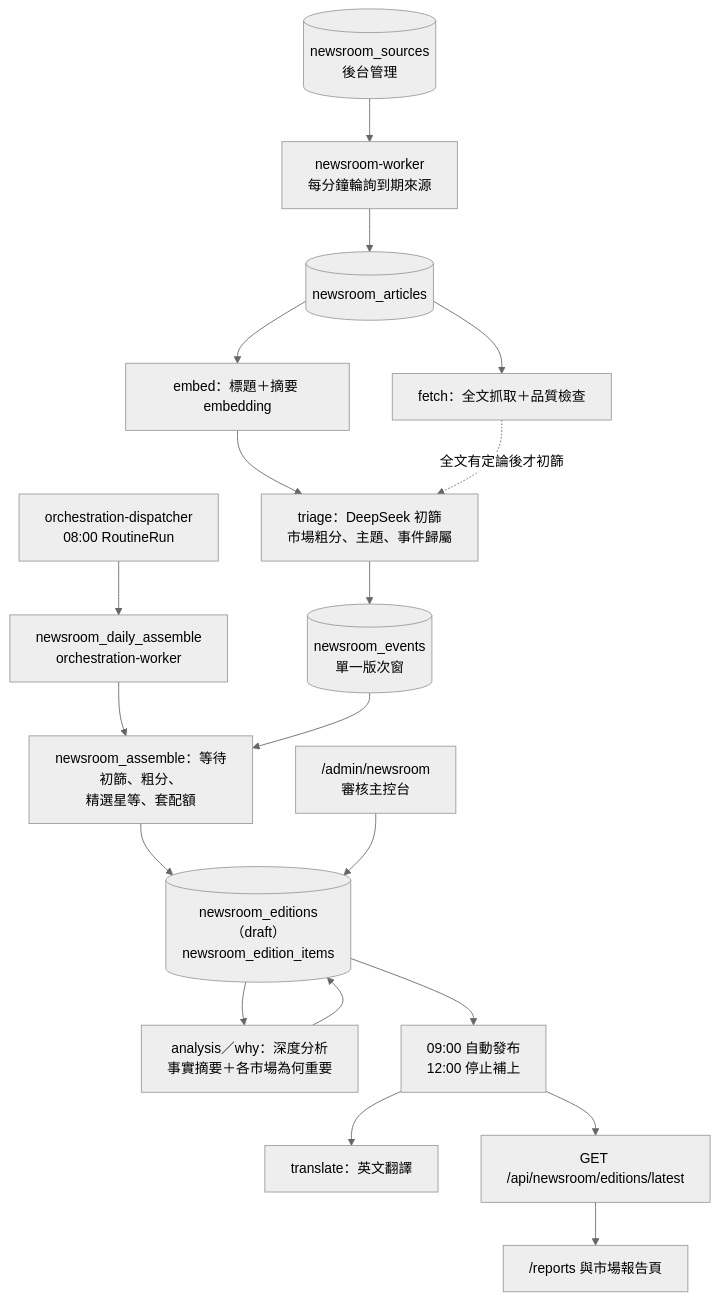
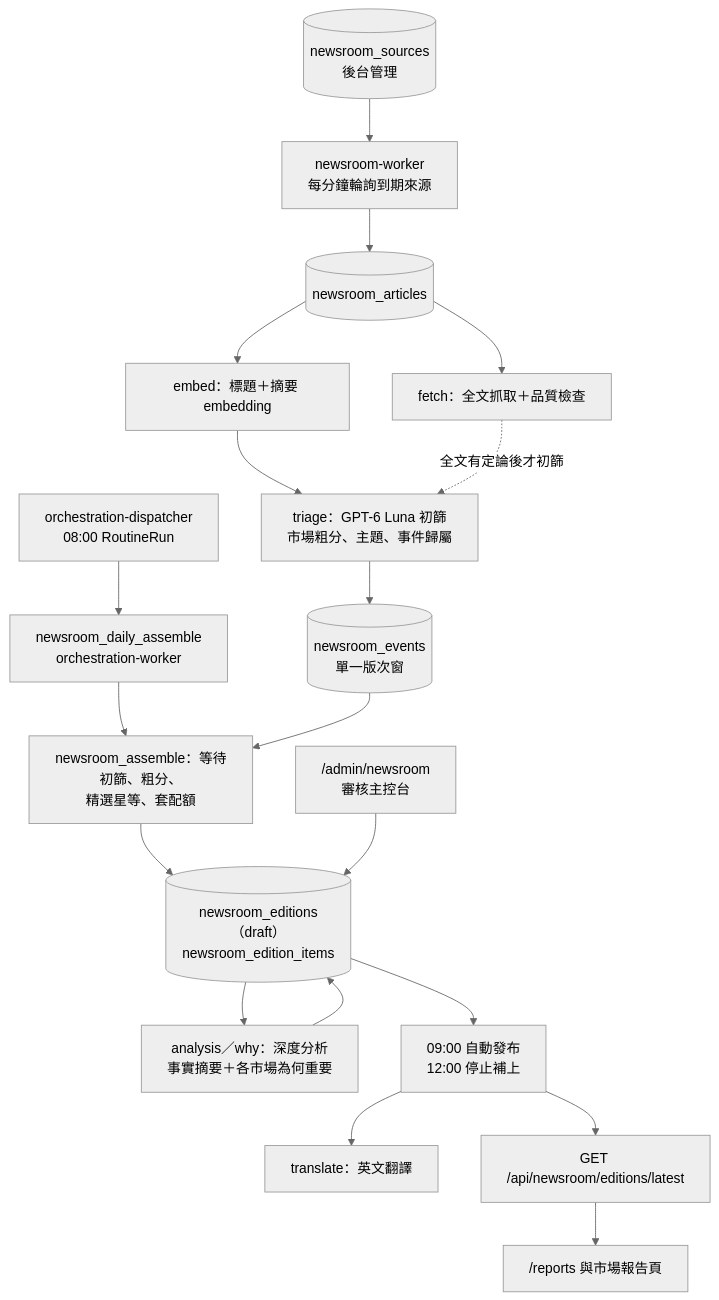
The diagram in docs/architecture/daily-news.md (FPI-TW/daily-insights), drawn with Mermaid (neutral theme) before and after one commit. The commit also changed other lines of this file and 24 other files, not shown here.

First line of the commit message:
feat: 將新聞與聊天遷移至 OpenAI GPT-6 Luna (#130)

````diff
--- a/docs/architecture/daily-news.md
+++ b/docs/architecture/daily-news.md
@@ -30,21 +30,21 @@
 ```mermaid
 flowchart TB
     SRC[("newsroom_sources<br/>後台管理")] --> POLL["newsroom-worker<br/>每分鐘輪詢到期來源"]
     POLL --> ART[("newsroom_articles")]
     ART --> FETCH["fetch：全文抓取＋品質檢查"]
     ART --> EMB["embed：標題＋摘要 embedding"]
-    EMB --> TRI["triage：DeepSeek 初篩<br/>市場粗分、主題、事件歸屬"]
+    EMB --> TRI["triage：GPT-6 Luna 初篩<br/>市場粗分、主題、事件歸屬"]
     FETCH -. 全文有定論後才初篩 .-> TRI
     TRI --> EVT[("newsroom_events<br/>單一版次窗")]
     DISP["orchestration-dispatcher<br/>08:00 RoutineRun"] --> JOB["newsroom_daily_assemble<br/>orchestration-worker"]
     JOB --> ASM["newsroom_assemble：等待初篩、粗分、<br/>精選星等、套配額"]
     EVT --> ASM
     ASM --> ED[("newsroom_editions（draft）<br/>newsroom_edition_items")]
     ED --> ANA["analysis／why：深度分析<br/>事實摘要＋各市場為何重要"]
     ANA --> ED
     ADMIN["/admin/newsroom<br/>審核主控台"] --> ED
     ED --> PUB["09:00 自動發布<br/>12:00 停止補上"]
     PUB --> EN["translate：英文翻譯"]
     PUB --> API["GET /api/newsroom/editions/latest"]
     API --> UI["/reports 與市場報告頁"]
 ```
````
